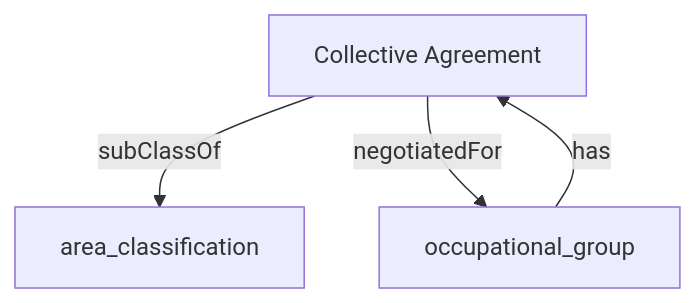
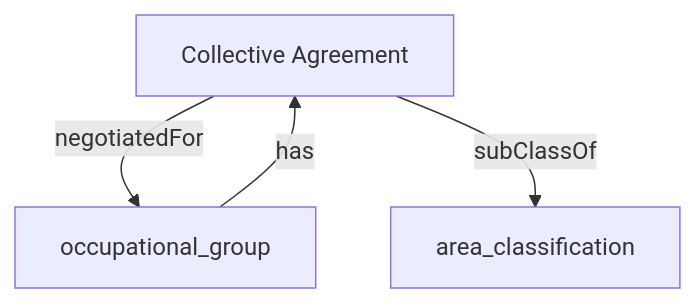
The diagram in content/hr_data_model/collective_agreement.md (heidingaway/heidi2), drawn with Mermaid before and after one commit. The commit also changed other lines of this file and 350 other files, not shown here.

````diff
--- a/content/hr_data_model/collective_agreement.md
+++ b/content/hr_data_model/collective_agreement.md
@@ -19,9 +20,9 @@
 ```mermaid
 graph TD
   Collective_Agreement["Collective Agreement"]:::current-page-node
   area_classification["area_classification"]
   occupational_group["occupational_group"]
+  Collective_Agreement-->|" negotiatedFor "|occupational_group
+  occupational_group-->|" has "|Collective_Agreement
   Collective_Agreement-->|" subClassOf "|area_classification
-  occupational_group-->|" has "|Collective_Agreement
-  Collective_Agreement-->|" negotiatedFor "|occupational_group
 ```
````
